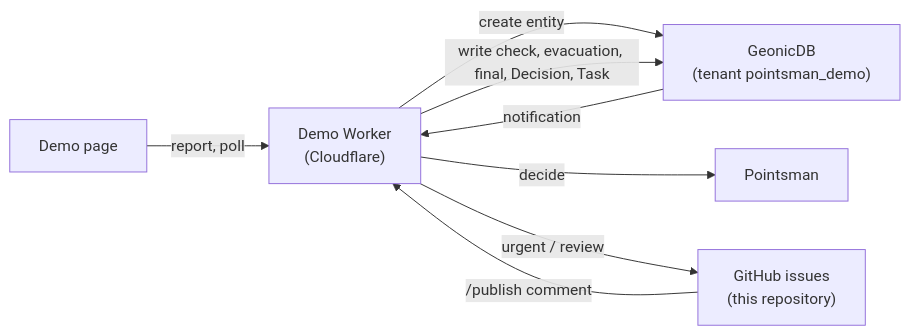
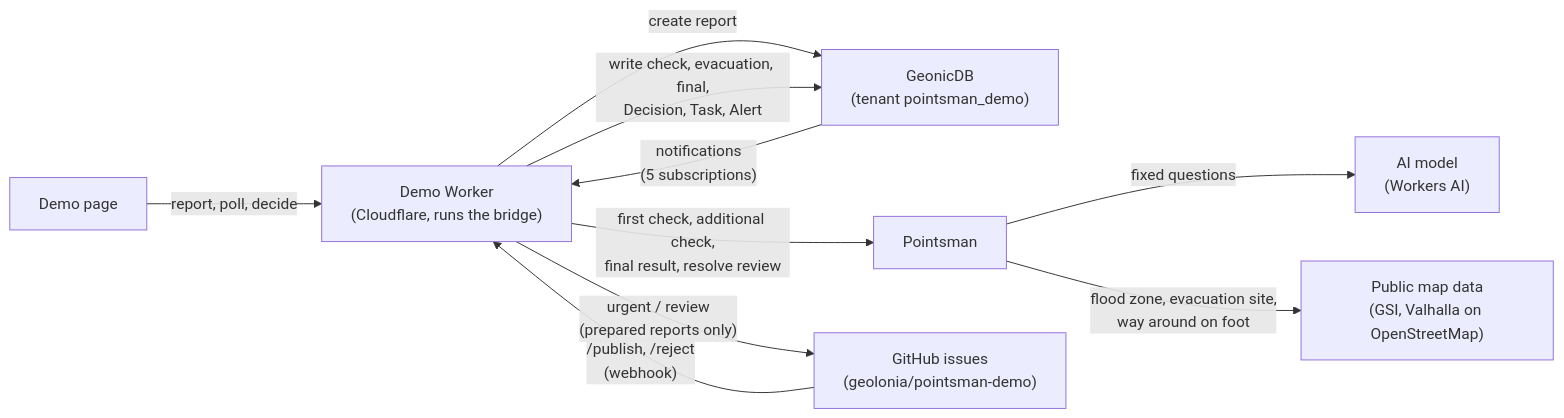
The diagram in README.md (geolonia/pointsman-demo), drawn with Mermaid before and after one commit. The commit also changed other lines of this file, not shown here.

First line of the commit message:
README: same How-it-works diagram as Pointsman (#73)

````diff
--- a/README.md
+++ b/README.md
@@ -23,10 +27,12 @@
 ```mermaid
 flowchart LR
-  Page["Demo page"] -->|report, poll| W["Demo Worker<br/>(Cloudflare)"]
-  W -->|create entity| B["GeonicDB<br/>(tenant pointsman_demo)"]
-  B -->|notification| W
-  W -->|decide| P["Pointsman"]
-  W -->|write check, evacuation, final, Decision, Task| B
-  W -->|urgent / review| G["GitHub issues<br/>(this repository)"]
-  G -->|"/publish comment"| W
+  Page["Demo page"] -->|"report, poll, decide"| W["Demo Worker<br/>(Cloudflare, runs the bridge)"]
+  W -->|"create report"| B["GeonicDB<br/>(tenant pointsman_demo)"]
+  B -->|"notifications<br/>(5 subscriptions)"| W
+  W -->|"first check, additional check,<br/>final result, resolve review"| P["Pointsman"]
+  P -->|"fixed questions"| AI["AI model<br/>(Workers AI)"]
+  P -->|"flood zone, evacuation site,<br/>way around on foot"| Geo["Public map data<br/>(GSI, Valhalla on OpenStreetMap)"]
+  W -->|"write check, evacuation, final,<br/>Decision, Task, Alert"| B
+  W -->|"urgent / review<br/>(prepared reports only)"| G["GitHub issues<br/>(geolonia/pointsman-demo)"]
+  G -->|"/publish, /reject<br/>(webhook)"| W
 ```
````
